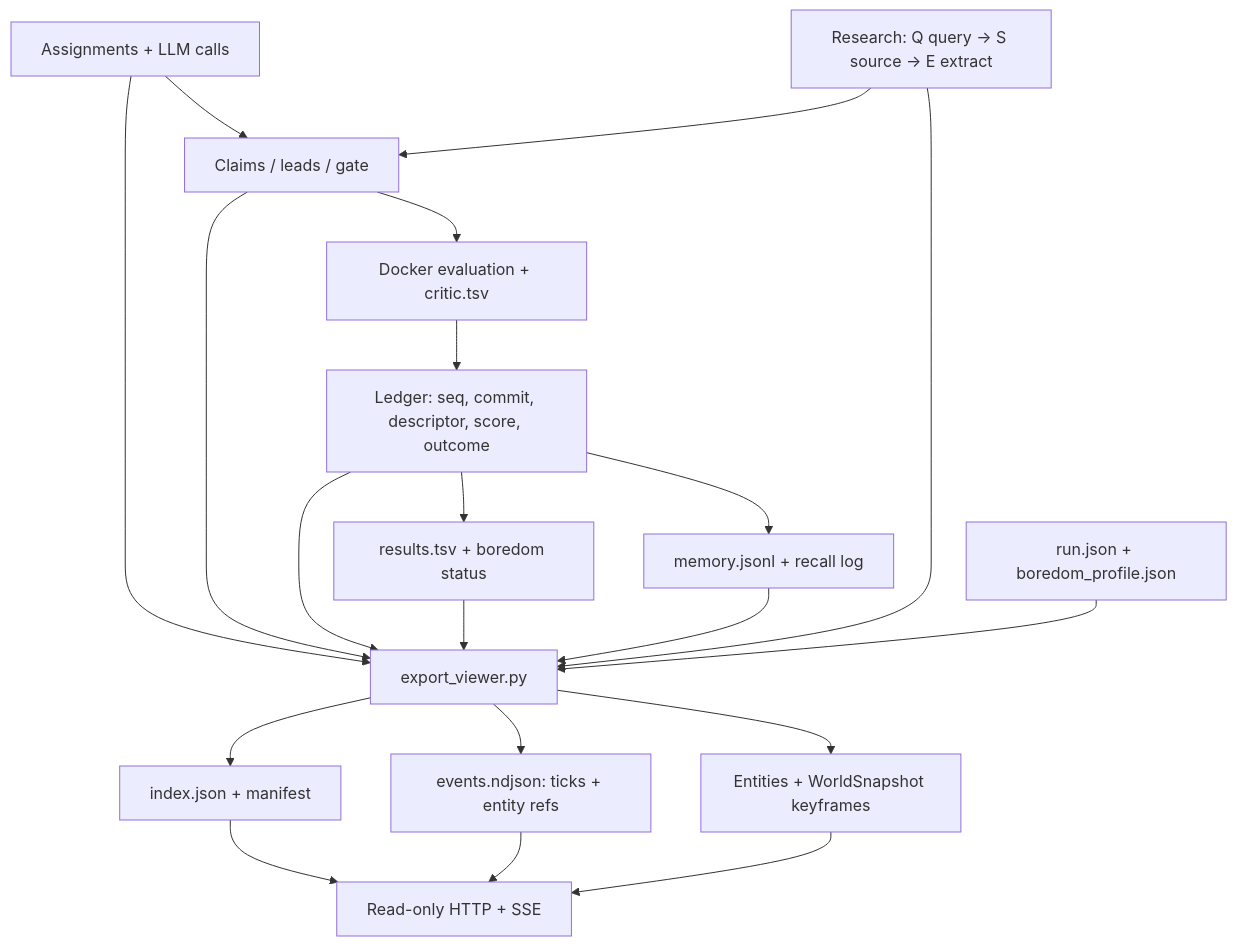
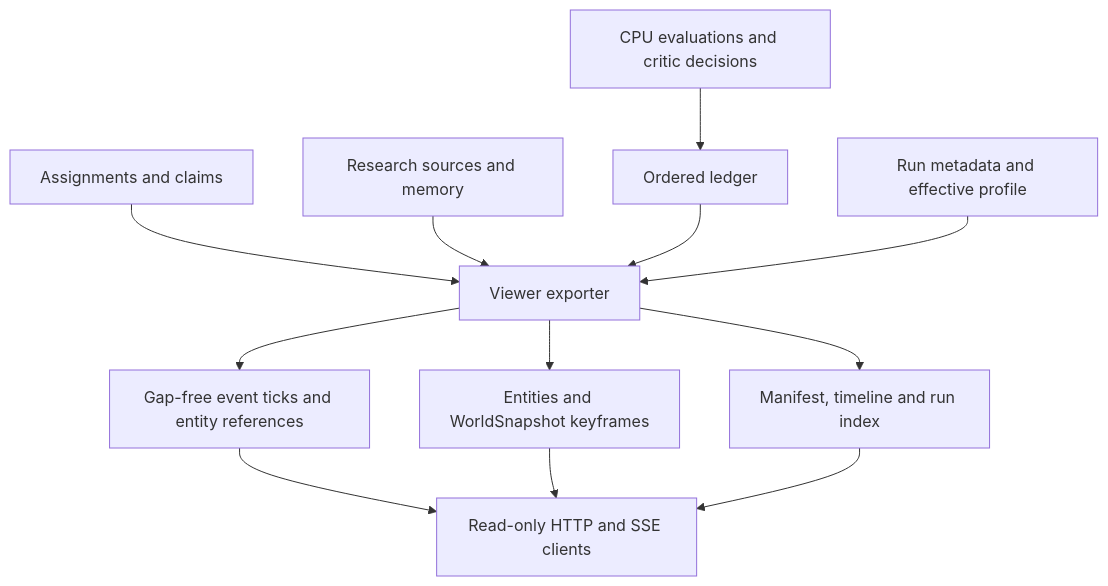
The fourth of 4 diagrams in README.md (arii/caffeinated), drawn with Mermaid before and after one commit. The commit also changed other lines of this file and 1 other file, not shown here.

Commit message:
docs: explain boredom foundations and express meter in LaTeX

````diff
--- a/README.md
+++ b/README.md
@@ -461,22 +625,14 @@
 ```mermaid
 flowchart TD
-  A[Assignments + LLM calls] --> B[Claims / leads / gate]
-  B --> C[Docker evaluation + critic.tsv]
-  C --> D[Ledger: seq, commit, descriptor, score, outcome]
-  D --> E[results.tsv + boredom status]
-  D --> F[memory.jsonl + recall log]
-  G[Research: Q query → S source → E extract] --> B
-  A --> X[export_viewer.py]
-  B --> X
-  D --> X
-  E --> X
-  F --> X
-  G --> X
-  R[run.json + boredom_profile.json] --> X
-  X --> I[index.json + manifest]
-  X --> J[events.ndjson: ticks + entity refs]
-  X --> K[Entities + WorldSnapshot keyframes]
-  I --> API[Read-only HTTP + SSE]
-  J --> API
-  K --> API
+  A[Assignments and claims] --> X[Viewer exporter]
+  R[Research sources and memory] --> X
+  E[CPU evaluations and critic decisions] --> L[Ordered ledger]
+  L --> X
+  P[Run metadata and effective profile] --> X
+  X --> J[Gap-free event ticks and entity references]
+  X --> K[Entities and WorldSnapshot keyframes]
+  X --> M[Manifest, timeline and run index]
+  J --> V[Read-only HTTP and SSE clients]
+  K --> V
+  M --> V
 ```
````
